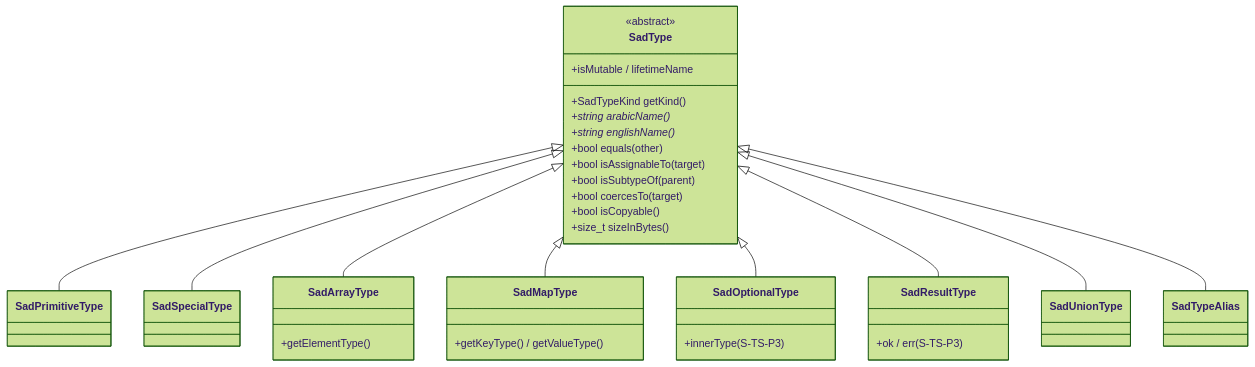
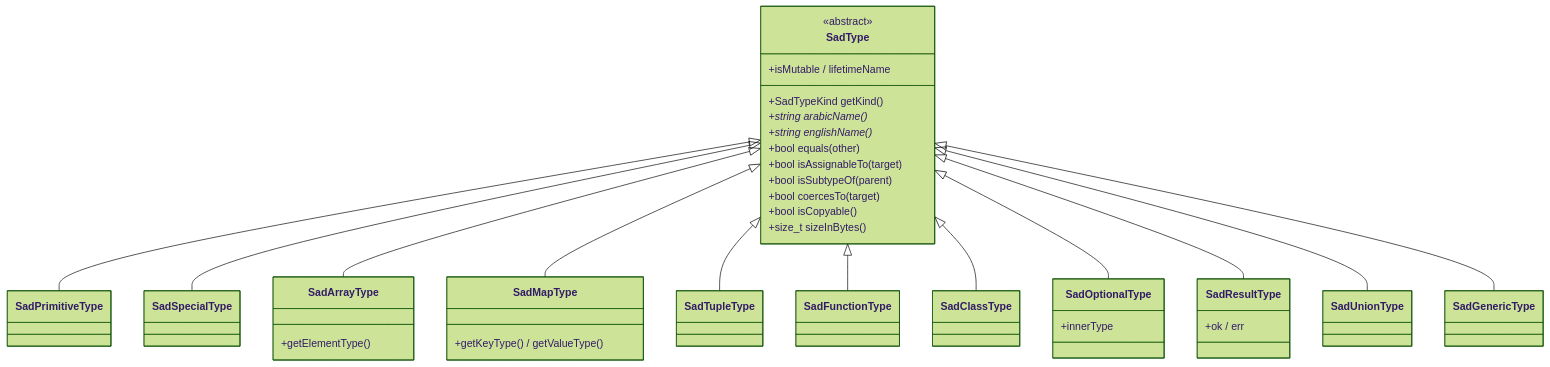
Before and after one commit to sadlang/dev-guide: the second of 6 diagrams in src/systems/types.md, drawn with Mermaid (forest theme). The commit also changed other lines of this file, not shown here.

````diff
--- a/src/systems/types.md
+++ b/src/systems/types.md
@@ -51,28 +56,31 @@
 ```mermaid
 classDiagram
   class SadType {
     <<abstract>>
     +SadTypeKind getKind()
     +string arabicName()*
     +string englishName()*
     +bool equals(other)
     +bool isAssignableTo(target)
     +bool isSubtypeOf(parent)
     +bool coercesTo(target)
     +bool isCopyable()
     +size_t sizeInBytes()
     +isMutable / lifetimeName
   }
   SadType <|-- SadPrimitiveType
   SadType <|-- SadSpecialType
   SadType <|-- SadArrayType
   SadType <|-- SadMapType
+  SadType <|-- SadTupleType
+  SadType <|-- SadFunctionType
+  SadType <|-- SadClassType
   SadType <|-- SadOptionalType
   SadType <|-- SadResultType
   SadType <|-- SadUnionType
-  SadType <|-- SadTypeAlias
+  SadType <|-- SadGenericType
   SadArrayType : +getElementType()
   SadMapType : +getKeyType() / getValueType()
-  SadOptionalType : +innerType (S-TS-P3)
-  SadResultType : +ok / err (S-TS-P3)
+  SadOptionalType : +innerType
+  SadResultType : +ok / err
 ```
````
